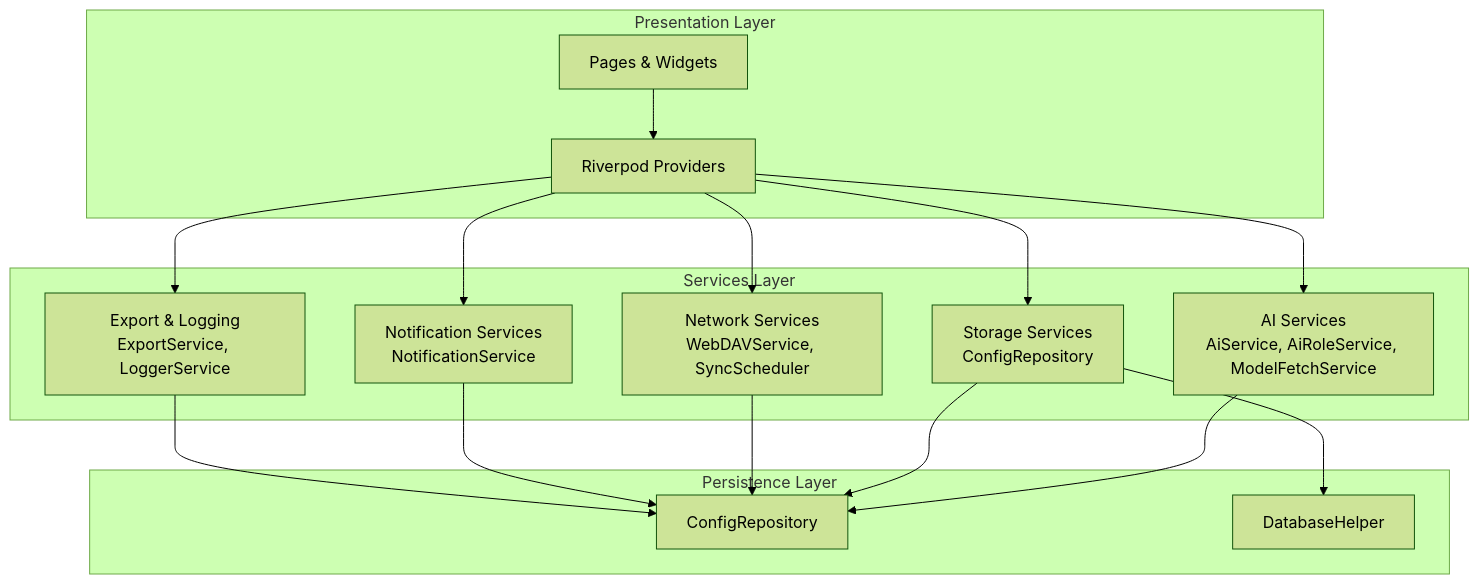
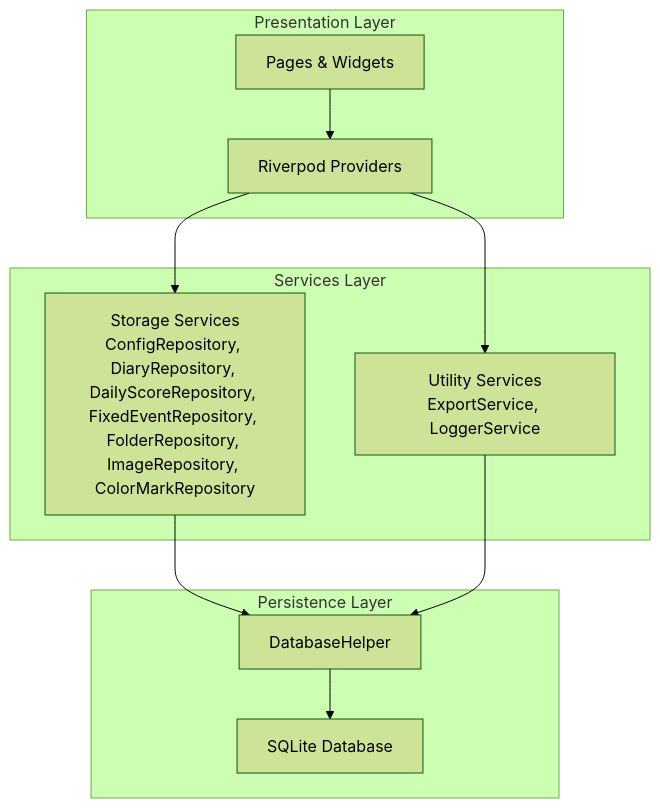
Before and after one commit to favoroo/QNote: the second of 7 diagrams in .qoder/repowiki/en/content/Services Layer/Services Layer.md, drawn with Mermaid (forest theme). The commit also changed other lines of this file and 65 other files, not shown here.

First line of the commit message:
docs: 新增项目文档与配置文件，修复AI提取与热力图问题

````diff
--- a/.qoder/repowiki/en/content/Services Layer/Services Layer.md
+++ b/.qoder/repowiki/en/content/Services Layer/Services Layer.md
@@ -107,30 +115,21 @@
 ```mermaid
 graph TB
 subgraph "Presentation Layer"
 P1["Pages & Widgets"]
 P2["Riverpod Providers"]
 end
 subgraph "Services Layer"
-S1["AI Services<br/>AiService, AiRoleService, ModelFetchService"]
-S2["Storage Services<br/>ConfigRepository"]
-S3["Network Services<br/>WebDAVService, SyncScheduler"]
-S4["Notification Services<br/>NotificationService"]
-S5["Export & Logging<br/>ExportService, LoggerService"]
+S1["Storage Services<br/>ConfigRepository, DiaryRepository, DailyScoreRepository, FixedEventRepository, FolderRepository, ImageRepository, ColorMarkRepository"]
+S2["Utility Services<br/>ExportService, LoggerService"]
 end
 subgraph "Persistence Layer"
-R1["ConfigRepository"]
-R2["DatabaseHelper"]
+R1["DatabaseHelper"]
+D1["SQLite Database"]
 end
 P1 --> P2
 P2 --> S1
 P2 --> S2
-P2 --> S3
-P2 --> S4
-P2 --> S5
 S1 --> R1
+R1 --> D1
 S2 --> R1
-S2 --> R2
-S3 --> R1
-S4 --> R1
-S5 --> R1
 ```
````
